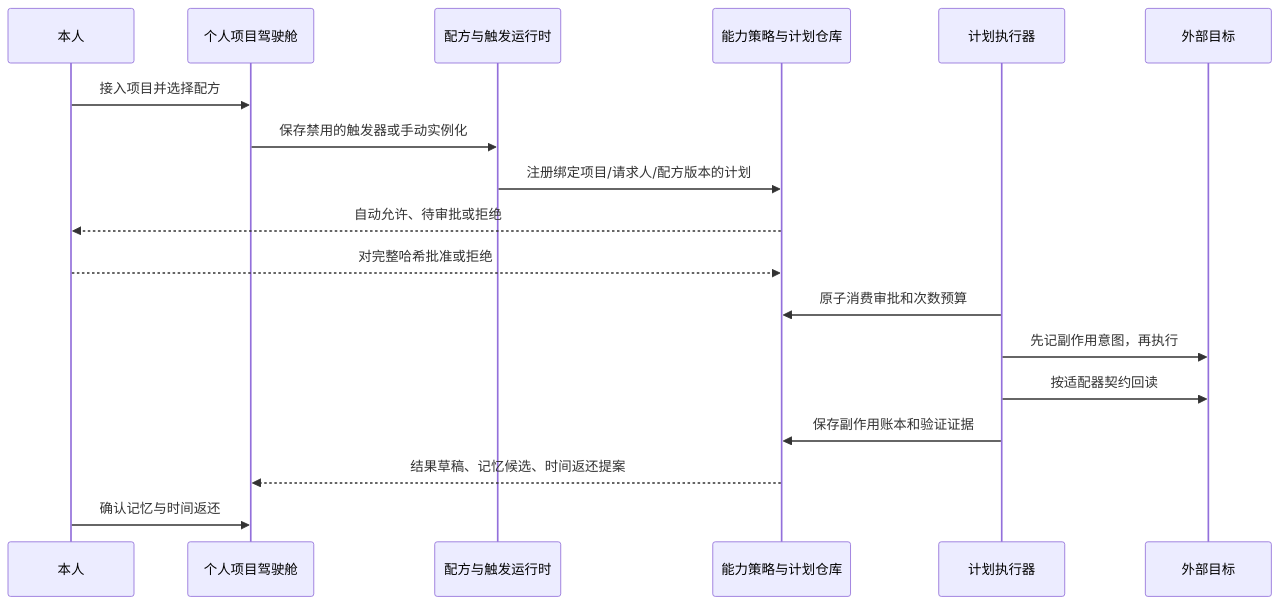
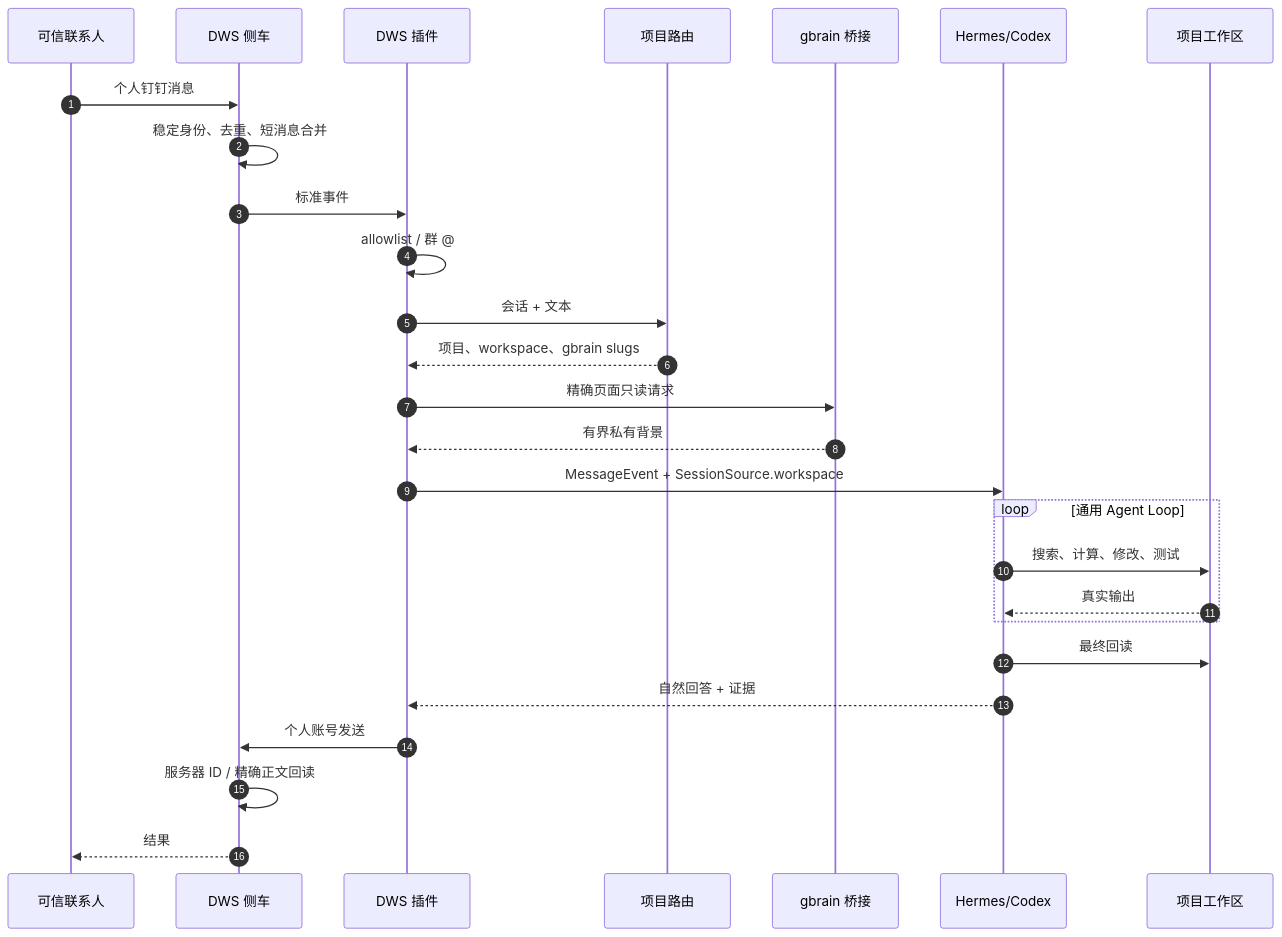
The second of 2 diagrams in docs/技术设计文档.md (ruiwang20010702/ai-employee), drawn with Mermaid before and after one commit. The commit also changed other lines of this file and 70 other files, not shown here.

````diff
--- a/docs/技术设计文档.md
+++ b/docs/技术设计文档.md
@@ -844,20 +68,30 @@
 ```mermaid
 sequenceDiagram
-    participant U as 本人
-    participant C as 个人项目驾驶舱
-    participant R as 配方与触发运行时
-    participant P as 能力策略与计划仓库
-    participant E as 计划执行器
-    participant T as 外部目标
-    U->>C: 接入项目并选择配方
-    C->>R: 保存禁用的触发器或手动实例化
-    R->>P: 注册绑定项目/请求人/配方版本的计划
-    P-->>U: 自动允许、待审批或拒绝
-    U-->>P: 对完整哈希批准或拒绝
-    E->>P: 原子消费审批和次数预算
-    E->>T: 先记副作用意图，再执行
-    E->>T: 按适配器契约回读
-    E->>P: 保存副作用账本和验证证据
-    P-->>C: 结果草稿、记忆候选、时间返还提案
-    U->>C: 确认记忆与时间返还
+    autonumber
+    participant U as 可信联系人
+    participant D as DWS 侧车
+    participant P as DWS 插件
+    participant R as 项目路由
+    participant M as gbrain 桥接
+    participant H as Hermes/Codex
+    participant W as 项目工作区
+
+    U->>D: 个人钉钉消息
+    D->>D: 稳定身份、去重、短消息合并
+    D->>P: 标准事件
+    P->>P: allowlist / 群 @
+    P->>R: 会话 + 文本
+    R-->>P: 项目、workspace、gbrain slugs
+    P->>M: 精确页面只读请求
+    M-->>P: 有界私有背景
+    P->>H: MessageEvent + SessionSource.workspace
+    loop 通用 Agent Loop
+        H->>W: 搜索、计算、修改、测试
+        W-->>H: 真实输出
+    end
+    H->>W: 最终回读
+    H-->>P: 自然回答 + 证据
+    P->>D: 个人账号发送
+    D->>D: 服务器 ID / 精确正文回读
+    D-->>U: 结果
 ```
````
